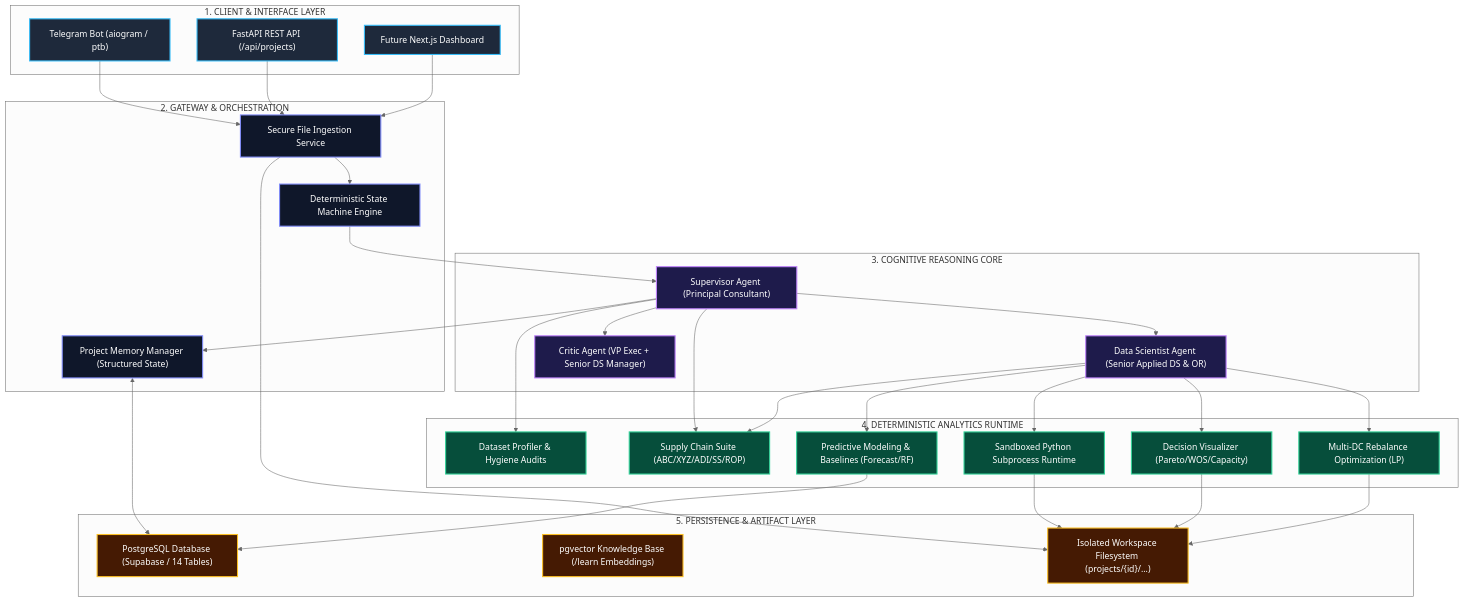
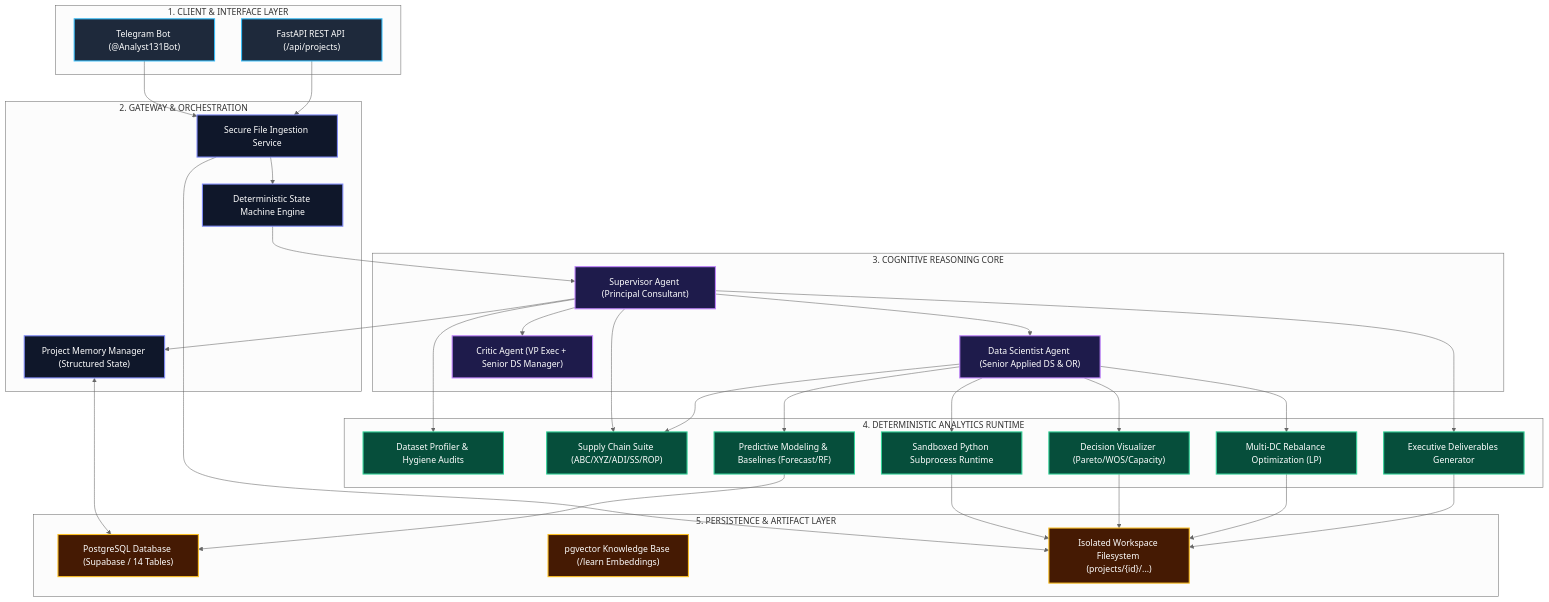
Before and after one commit to Andrariando/AnalyticsBot: the second of 2 diagrams in README.md, drawn with Mermaid (neutral theme). The commit also changed other lines of this file, not shown here.

Commit message:
docs: add comprehensive step-by-step user guide and deliverables breakdown to README

````diff
--- a/README.md
+++ b/README.md
@@ -9,67 +121,68 @@
 ```mermaid
 graph TD
     classDef client fill:#1E293B,stroke:#38BDF8,stroke-width:2px,color:#FFFFFF;
     classDef core fill:#0F172A,stroke:#818CF8,stroke-width:2px,color:#FFFFFF;
     classDef agent fill:#1E1B4B,stroke:#C084FC,stroke-width:2px,color:#FFFFFF;
     classDef tool fill:#064E3B,stroke:#34D399,stroke-width:2px,color:#FFFFFF;
     classDef db fill:#451A03,stroke:#FBBF24,stroke-width:2px,color:#FFFFFF;
 
     subgraph CLIENT_LAYER["1. CLIENT & INTERFACE LAYER"]
-        TG["Telegram Bot (aiogram / ptb)"]:::client
+        TG["Telegram Bot (@Analyst131Bot)"]:::client
         API["FastAPI REST API (/api/projects)"]:::client
-        UI["Future Next.js Dashboard"]:::client
     end
 
     subgraph GATEWAY["2. GATEWAY & ORCHESTRATION"]
         SM["Deterministic State Machine Engine"]:::core
         MEM["Project Memory Manager (Structured State)"]:::core
         ING["Secure File Ingestion Service"]:::core
     end
 
     subgraph AGENTS["3. COGNITIVE REASONING CORE"]
         SUP["Supervisor Agent (Principal Consultant)"]:::agent
         DS["Data Scientist Agent (Senior Applied DS & OR)"]:::agent
         CRIT["Critic Agent (VP Exec + Senior DS Manager)"]:::agent
     end
 
     subgraph TOOLS["4. DETERMINISTIC ANALYTICS RUNTIME"]
         PROF["Dataset Profiler & Hygiene Audits"]:::tool
         SC["Supply Chain Suite (ABC/XYZ/ADI/SS/ROP)"]:::tool
         OPT["Multi-DC Rebalance Optimization (LP)"]:::tool
         MOD["Predictive Modeling & Baselines (Forecast/RF)"]:::tool
         VIZ["Decision Visualizer (Pareto/WOS/Capacity)"]:::tool
         SAND["Sandboxed Python Subprocess Runtime"]:::tool
+        REP["Executive Deliverables Generator"]:::tool
     end
 
     subgraph STORAGE["5. PERSISTENCE & ARTIFACT LAYER"]
         PG["PostgreSQL Database (Supabase / 14 Tables)"]:::db
         VEC["pgvector Knowledge Base (/learn Embeddings)"]:::db
         FS["Isolated Workspace Filesystem (projects/{id}/...)"]:::db
     end
 
     TG --> ING
     API --> ING
-    UI --> ING
     ING --> FS
     ING --> SM
 
     SM --> SUP
     SUP --> MEM
     MEM <--> PG
 
     SUP --> DS
     SUP --> CRIT
     SUP --> PROF
     SUP --> SC
+    SUP --> REP
 
     DS --> SC
     DS --> OPT
     DS --> MOD
     DS --> VIZ
     DS --> SAND
 
     SAND --> FS
     VIZ --> FS
     OPT --> FS
     MOD --> PG
+    REP --> FS
 ```
````
